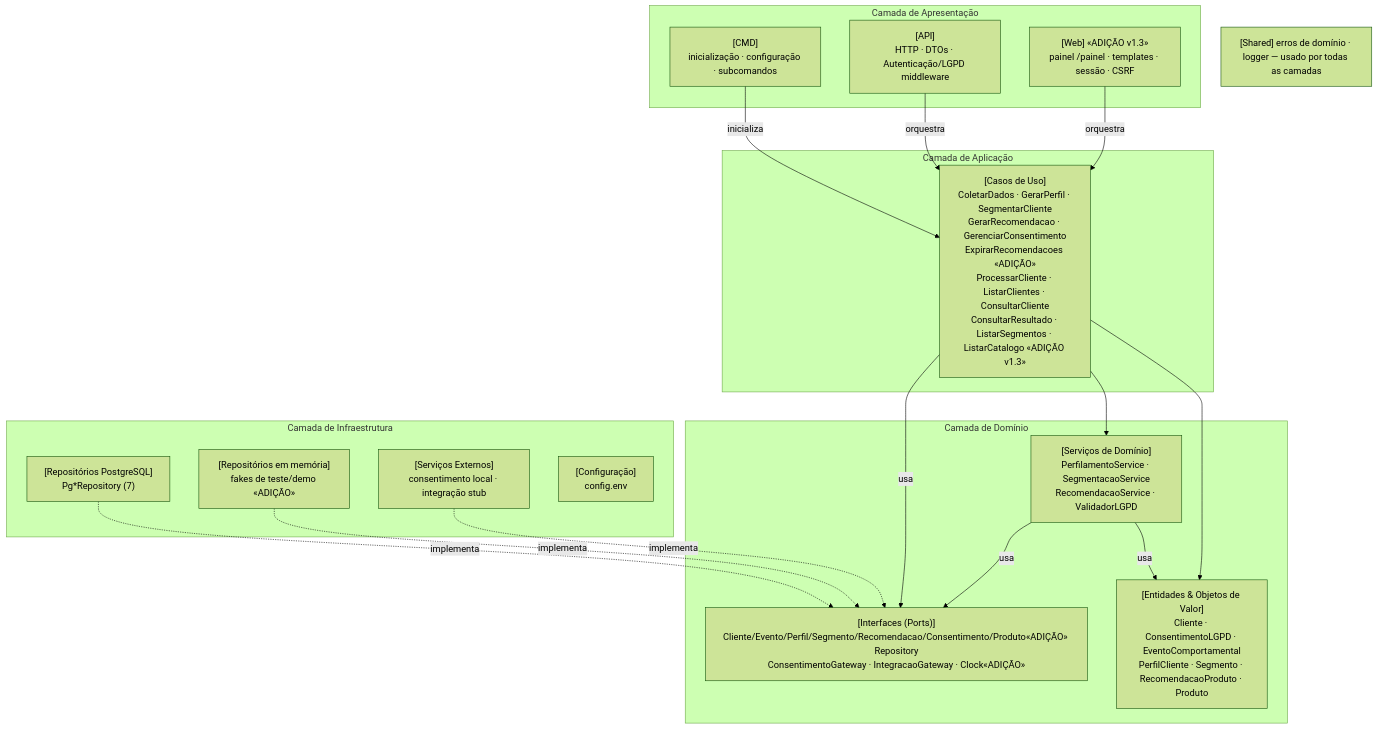
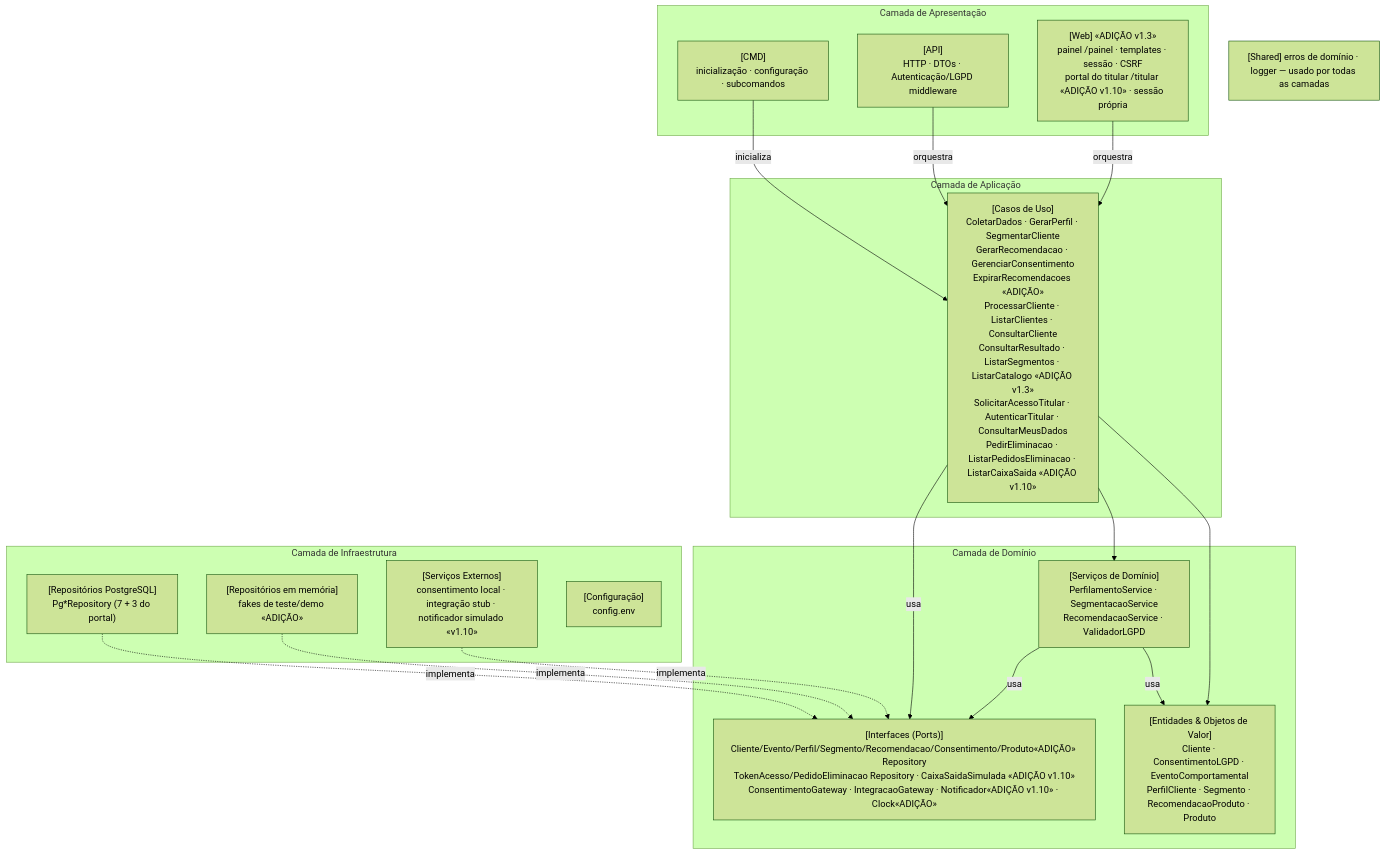
The diagram in docs/uml/UML7_componentes.md (sthefanyblima/perfila), drawn with Mermaid (forest theme) before and after one commit. The commit also changed other lines of this file and 10 other files, not shown here.

Commit message:
T-75: Spec v1.10 do portal do titular, UML1, UML2, UML7, UML8, textos e portal.feature (Q-55 a Q-60)

````diff
--- a/docs/uml/UML7_componentes.md
+++ b/docs/uml/UML7_componentes.md
@@ -10,35 +10,35 @@
 ```mermaid
 flowchart TB
   subgraph AP["Camada de Apresentação"]
     CMD["[CMD]<br/>inicialização · configuração · subcomandos"]
     API["[API]<br/>HTTP · DTOs · Autenticação/LGPD middleware"]
-    WEB["[Web] «ADIÇÃO v1.3»<br/>painel /painel · templates · sessão · CSRF"]
+    WEB["[Web] «ADIÇÃO v1.3»<br/>painel /painel · templates · sessão · CSRF<br/>portal do titular /titular «ADIÇÃO v1.10» · sessão própria"]
   end
   subgraph APP["Camada de Aplicação"]
-    UC["[Casos de Uso]<br/>ColetarDados · GerarPerfil · SegmentarCliente<br/>GerarRecomendacao · GerenciarConsentimento<br/>ExpirarRecomendacoes «ADIÇÃO»<br/>ProcessarCliente · ListarClientes · ConsultarCliente<br/>ConsultarResultado · ListarSegmentos · ListarCatalogo «ADIÇÃO v1.3»"]
+    UC["[Casos de Uso]<br/>ColetarDados · GerarPerfil · SegmentarCliente<br/>GerarRecomendacao · GerenciarConsentimento<br/>ExpirarRecomendacoes «ADIÇÃO»<br/>ProcessarCliente · ListarClientes · ConsultarCliente<br/>ConsultarResultado · ListarSegmentos · ListarCatalogo «ADIÇÃO v1.3»<br/>SolicitarAcessoTitular · AutenticarTitular · ConsultarMeusDados<br/>PedirEliminacao · ListarPedidosEliminacao · ListarCaixaSaida «ADIÇÃO v1.10»"]
   end
   subgraph DOM["Camada de Domínio"]
     ENT["[Entidades & Objetos de Valor]<br/>Cliente · ConsentimentoLGPD · EventoComportamental<br/>PerfilCliente · Segmento · RecomendacaoProduto · Produto"]
     SVC["[Serviços de Domínio]<br/>PerfilamentoService · SegmentacaoService<br/>RecomendacaoService · ValidadorLGPD"]
-    PORT["[Interfaces (Ports)]<br/>Cliente/Evento/Perfil/Segmento/Recomendacao/Consentimento/Produto«ADIÇÃO» Repository<br/>ConsentimentoGateway · IntegracaoGateway · Clock«ADIÇÃO»"]
+    PORT["[Interfaces (Ports)]<br/>Cliente/Evento/Perfil/Segmento/Recomendacao/Consentimento/Produto«ADIÇÃO» Repository<br/>TokenAcesso/PedidoEliminacao Repository · CaixaSaidaSimulada «ADIÇÃO v1.10»<br/>ConsentimentoGateway · IntegracaoGateway · Notificador«ADIÇÃO v1.10» · Clock«ADIÇÃO»"]
   end
   subgraph INF["Camada de Infraestrutura"]
-    PG["[Repositórios PostgreSQL]<br/>Pg*Repository (7)"]
+    PG["[Repositórios PostgreSQL]<br/>Pg*Repository (7 + 3 do portal)"]
     MEM["[Repositórios em memória]<br/>fakes de teste/demo «ADIÇÃO»"]
-    EXT["[Serviços Externos]<br/>consentimento local · integração stub"]
+    EXT["[Serviços Externos]<br/>consentimento local · integração stub · notificador simulado «v1.10»"]
     CFG["[Configuração]<br/>config.env"]
   end
   SH["[Shared] erros de domínio · logger — usado por todas as camadas"]
 
   CMD -- inicializa --> UC
   API -- orquestra --> UC
   WEB -- orquestra --> UC
   UC --> ENT
   UC --> SVC
   UC -- usa --> PORT
   SVC -- usa --> ENT
   SVC -- usa --> PORT
   PG -. implementa .-> PORT
   MEM -. implementa .-> PORT
   EXT -. implementa .-> PORT
 ```
````
